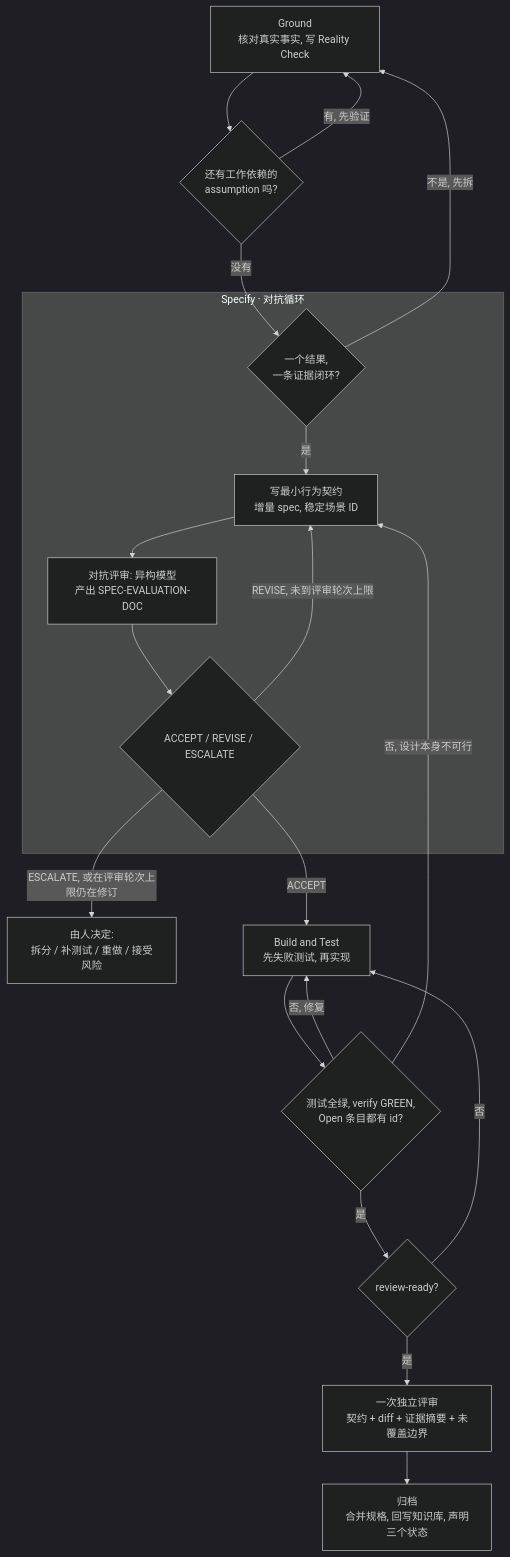
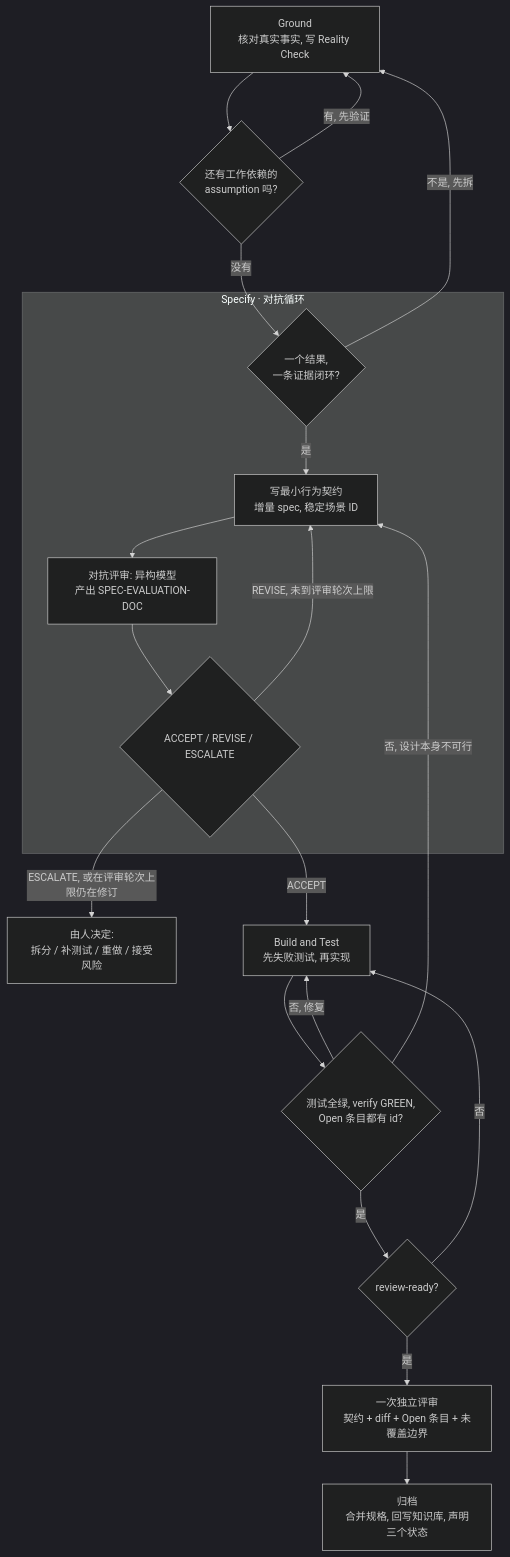
One commit to Apriorhythm/apriori-spec-development changed the diagram in docs/concepts_cn.md. Above: the diagram before and after it, drawn with Mermaid (dark theme). The commit also changed other lines of this file and 28 other files, not shown here.

````diff
--- a/docs/concepts_cn.md
+++ b/docs/concepts_cn.md
@@ -293,25 +293,25 @@
 ```mermaid
 graph TD
     B[Ground<br/>核对真实事实, 写 Reality Check]
     B --> B2{还有工作依赖的<br/>assumption 吗?}
     B2 -- 有, 先验证 --> B
     B2 -- 没有 --> C0{一个结果,<br/>一条证据闭环?}
     C0 -- 不是, 先拆 --> B
 
     subgraph S1[Specify · 对抗循环]
         C0 -- 是 --> C[写最小行为契约<br/>增量 spec, 稳定场景 ID]
         C --> D[对抗评审: 异构模型<br/>产出 SPEC-EVALUATION-DOC]
         D --> D2{ACCEPT / REVISE / ESCALATE}
         D2 -- REVISE, 未到评审轮次上限 --> C
     end
 
     D2 -- ESCALATE, 或在评审轮次上限仍在修订 --> X[由人决定:<br/>拆分 / 补测试 / 重做 / 接受风险]
     D2 -- ACCEPT --> H[Build and Test<br/>先失败测试, 再实现]
     H --> H2{测试全绿, verify GREEN,<br/>Open 条目都有 id?}
     H2 -- 否, 修复 --> H
     H2 -- 否, 设计本身不可行 --> C
     H2 -- 是 --> R{review-ready?}
     R -- 否 --> H
-    R -- 是 --> RV[一次独立评审<br/>契约 + diff + 证据摘要 + 未覆盖边界]
+    R -- 是 --> RV[一次独立评审<br/>契约 + diff + Open 条目 + 未覆盖边界]
     RV --> I[归档<br/>合并规格, 回写知识库, 声明三个状态]
 ```
````
